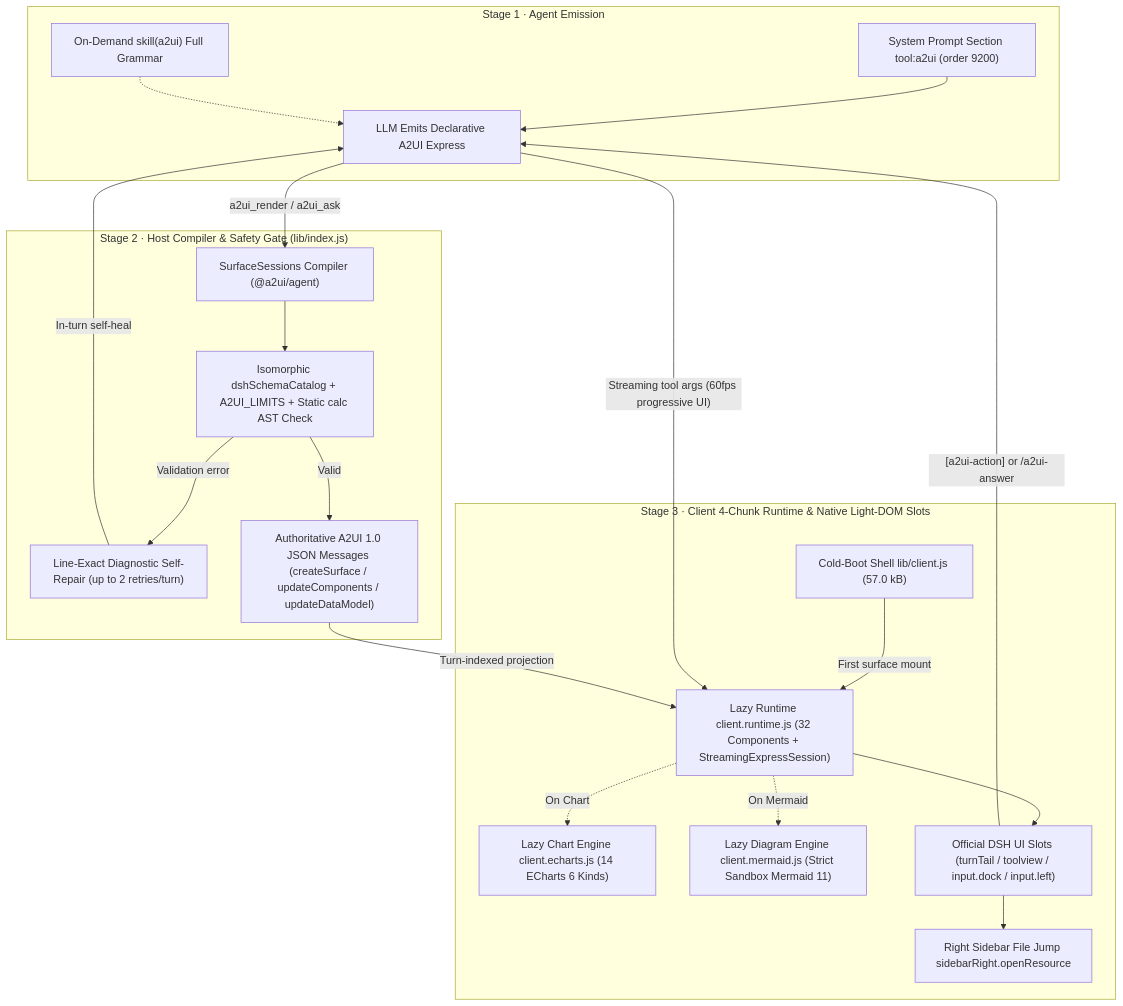
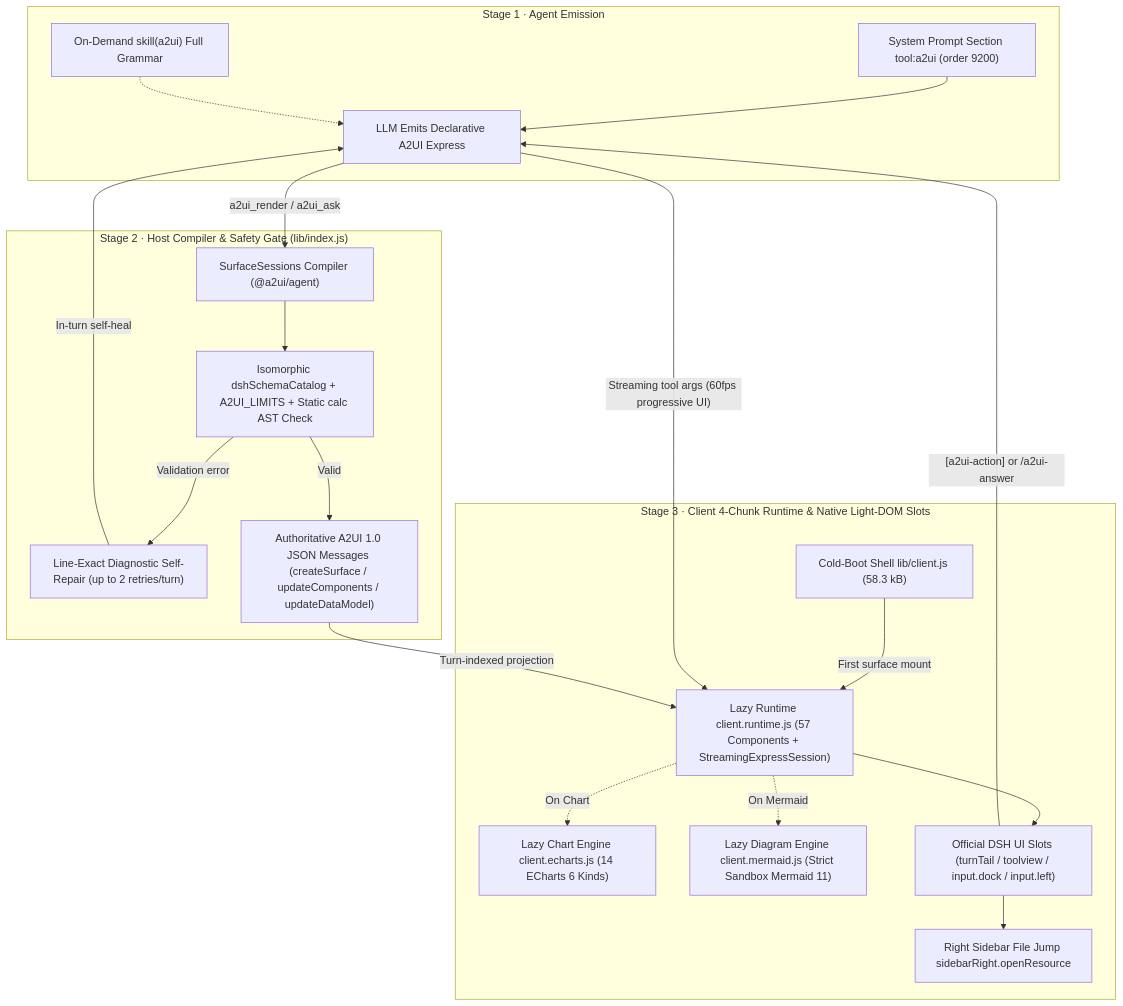
One commit to Geekhyt/dsh-genui-a2ui changed the diagram in docs/DEVELOPMENT.md. Above: the diagram before and after it, drawn with Mermaid. The commit also changed other lines of this file and 84 other files, not shown here.

Commit message:
feat: release v0.2.0 with 57 A2UI 1.0 components, ProTable, DSH host primitives, and zero-useEffect architecture

````diff
--- a/docs/DEVELOPMENT.md
+++ b/docs/DEVELOPMENT.md
@@ -17,40 +17,40 @@
 ```mermaid
 flowchart TB
   subgraph S1["Stage 1 · Agent Emission"]
     P["System Prompt Section tool:a2ui (order 9200)"]
     SK["On-Demand skill(a2ui) Full Grammar"]
     LLM["LLM Emits Declarative A2UI Express"]
     P --> LLM
     SK -.-> LLM
   end
 
   subgraph S2["Stage 2 · Host Compiler & Safety Gate (lib/index.js)"]
     COMP["SurfaceSessions Compiler (@a2ui/agent)"]
     ZOD["Isomorphic dshSchemaCatalog + A2UI_LIMITS + Static calc AST Check"]
     REPAIR["Line-Exact Diagnostic Self-Repair (up to 2 retries/turn)"]
     WIRE["Authoritative A2UI 1.0 JSON Messages (createSurface / updateComponents / updateDataModel)"]
     COMP --> ZOD
     ZOD -->|"Validation error"| REPAIR
     REPAIR -->|"In-turn self-heal"| LLM
     ZOD -->|"Valid"| WIRE
   end
 
   subgraph S3["Stage 3 · Client 4-Chunk Runtime & Native Light-DOM Slots"]
-    SHELL["Cold-Boot Shell lib/client.js (57.0 kB)"]
-    RT["Lazy Runtime client.runtime.js (32 Components + StreamingExpressSession)"]
+    SHELL["Cold-Boot Shell lib/client.js (58.3 kB)"]
+    RT["Lazy Runtime client.runtime.js (57 Components + StreamingExpressSession)"]
     EC["Lazy Chart Engine client.echarts.js (14 ECharts 6 Kinds)"]
     MM["Lazy Diagram Engine client.mermaid.js (Strict Sandbox Mermaid 11)"]
     SLOTS["Official DSH UI Slots (turnTail / toolview / input.dock / input.left)"]
     SIDE["Right Sidebar File Jump sidebarRight.openResource"]
     SHELL -->|"First surface mount"| RT
     RT -.->|"On Chart"| EC
     RT -.->|"On Mermaid"| MM
     RT --> SLOTS
     SLOTS --> SIDE
   end
 
   LLM -->|"Streaming tool args (60fps progressive UI)"| RT
   LLM -->|"a2ui_render / a2ui_ask"| COMP
   WIRE -->|"Turn-indexed projection"| RT
   SLOTS -->|"[a2ui-action] or /a2ui-answer"| LLM
 ```
````
